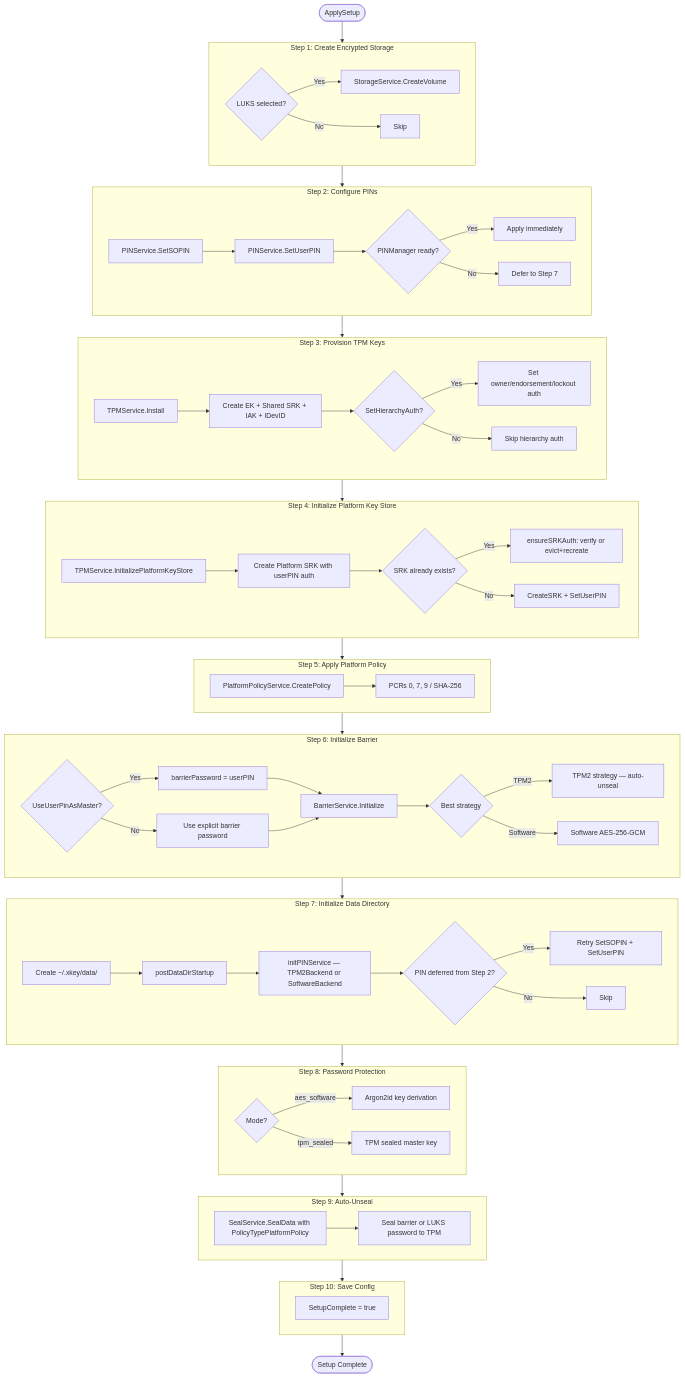
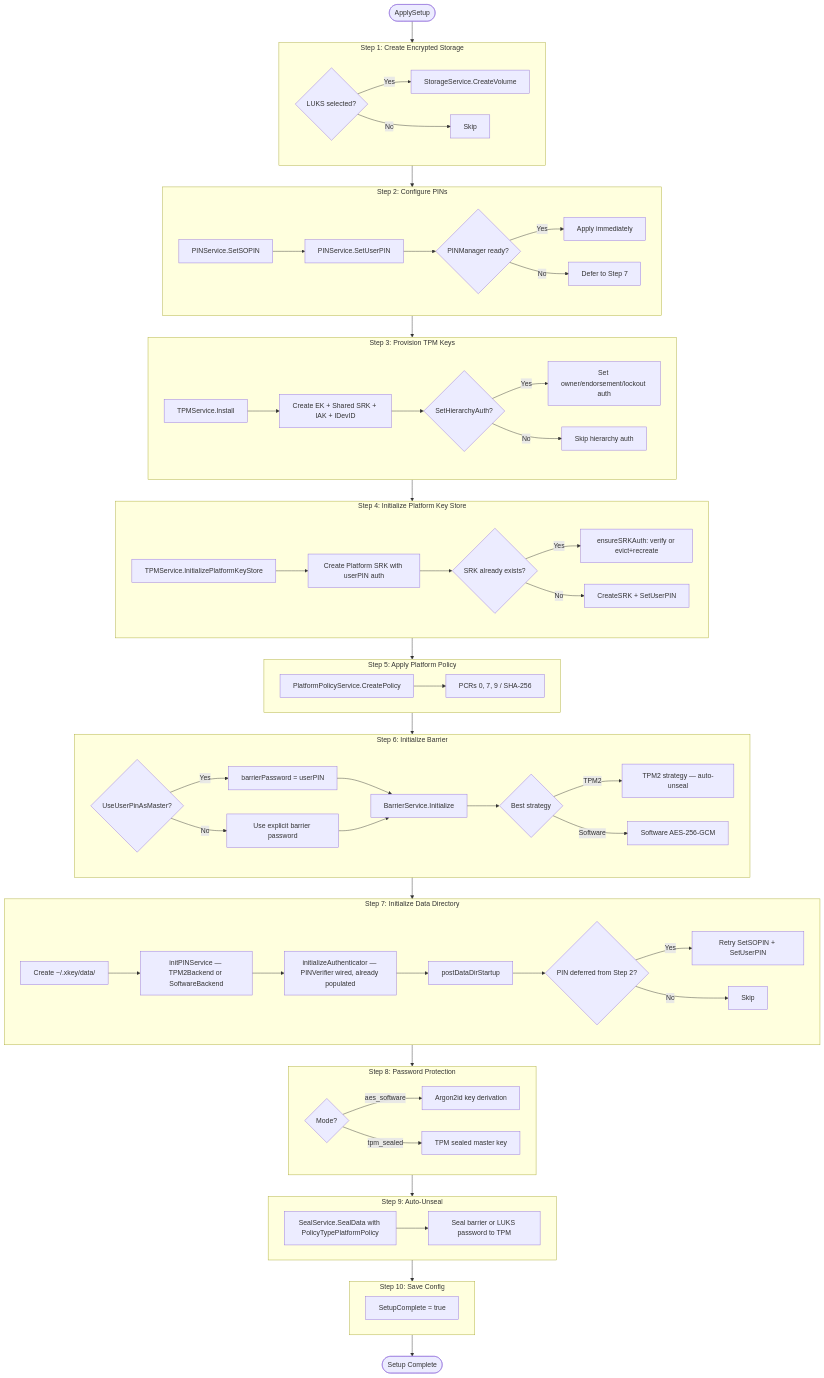
Before and after one commit to jeremyhahn/go-xkms: the first of 5 diagrams in xkey/docs/architecture/setup-and-unlock-flow.md, drawn with Mermaid. The commit also changed other lines of this file and 6 other files, not shown here.

Commit message:
fix(xkey): initialise the PIN service before publishing it to the authenticator (#640) (#644)

````diff
--- a/xkey/docs/architecture/setup-and-unlock-flow.md
+++ b/xkey/docs/architecture/setup-and-unlock-flow.md
@@ -12,72 +12,73 @@
 ```mermaid
 flowchart TD
     START([ApplySetup]) --> S1
 
     subgraph S1["Step 1: Create Encrypted Storage"]
         S1A{LUKS selected?}
         S1A -->|Yes| S1B[StorageService.CreateVolume]
         S1A -->|No| S1C[Skip]
     end
 
     subgraph S2["Step 2: Configure PINs"]
         S2A[PINService.SetSOPIN] --> S2B[PINService.SetUserPIN]
         S2B --> S2C{PINManager ready?}
         S2C -->|Yes| S2D[Apply immediately]
         S2C -->|No| S2E[Defer to Step 7]
     end
 
     subgraph S3["Step 3: Provision TPM Keys"]
         S3A[TPMService.Install] --> S3B[Create EK + Shared SRK + IAK + IDevID]
         S3B --> S3C{SetHierarchyAuth?}
         S3C -->|Yes| S3D[Set owner/endorsement/lockout auth]
         S3C -->|No| S3E[Skip hierarchy auth]
     end
 
     subgraph S4["Step 4: Initialize Platform Key Store"]
         S4A[TPMService.InitializePlatformKeyStore] --> S4B[Create Platform SRK with userPIN auth]
         S4B --> S4C{SRK already exists?}
         S4C -->|Yes| S4D[ensureSRKAuth: verify or evict+recreate]
         S4C -->|No| S4E[CreateSRK + SetUserPIN]
     end
 
     subgraph S5["Step 5: Apply Platform Policy"]
         S5A[PlatformPolicyService.CreatePolicy]
         S5A --> S5B["PCRs 0, 7, 9 / SHA-256"]
     end
 
     subgraph S6["Step 6: Initialize Barrier"]
         S6A{UseUserPinAsMaster?}
         S6A -->|Yes| S6B[barrierPassword = userPIN]
         S6A -->|No| S6C[Use explicit barrier password]
         S6B & S6C --> S6D[BarrierService.Initialize]
         S6D --> S6E{Best strategy}
         S6E -->|TPM2| S6F[TPM2 strategy — auto-unseal]
         S6E -->|Software| S6G[Software AES-256-GCM]
     end
 
     subgraph S7["Step 7: Initialize Data Directory"]
-        S7A["Create ~/.xkey/data/"] --> S7B[postDataDirStartup]
-        S7B --> S7C[initPINService — TPM2Backend or SoftwareBackend]
-        S7C --> S7D{PIN deferred from Step 2?}
+        S7A["Create ~/.xkey/data/"] --> S7B[initPINService — TPM2Backend or SoftwareBackend]
+        S7B --> S7C[initializeAuthenticator — PINVerifier wired, already populated]
+        S7C --> S7G[postDataDirStartup]
+        S7G --> S7D{PIN deferred from Step 2?}
         S7D -->|Yes| S7E[Retry SetSOPIN + SetUserPIN]
         S7D -->|No| S7F[Skip]
     end
 
     subgraph S8["Step 8: Password Protection"]
         S8A{Mode?}
         S8A -->|aes_software| S8B[Argon2id key derivation]
         S8A -->|tpm_sealed| S8C[TPM sealed master key]
     end
 
     subgraph S9["Step 9: Auto-Unseal"]
         S9A[SealService.SealData with PolicyTypePlatformPolicy]
         S9A --> S9B[Seal barrier or LUKS password to TPM]
     end
 
     subgraph S10["Step 10: Save Config"]
         S10A[SetupComplete = true]
     end
 
     S1 --> S2 --> S3 --> S4 --> S5 --> S6 --> S7 --> S8 --> S9 --> S10
     S10 --> DONE([Setup Complete])
 ```
````
